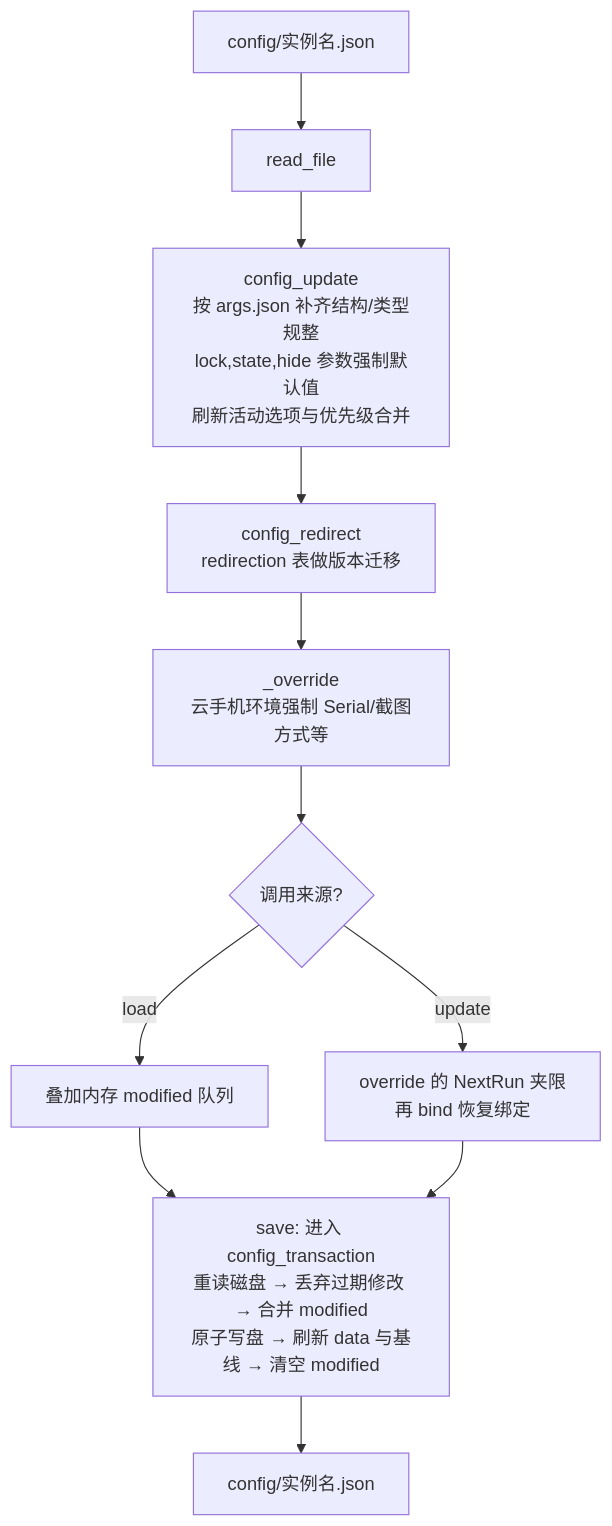
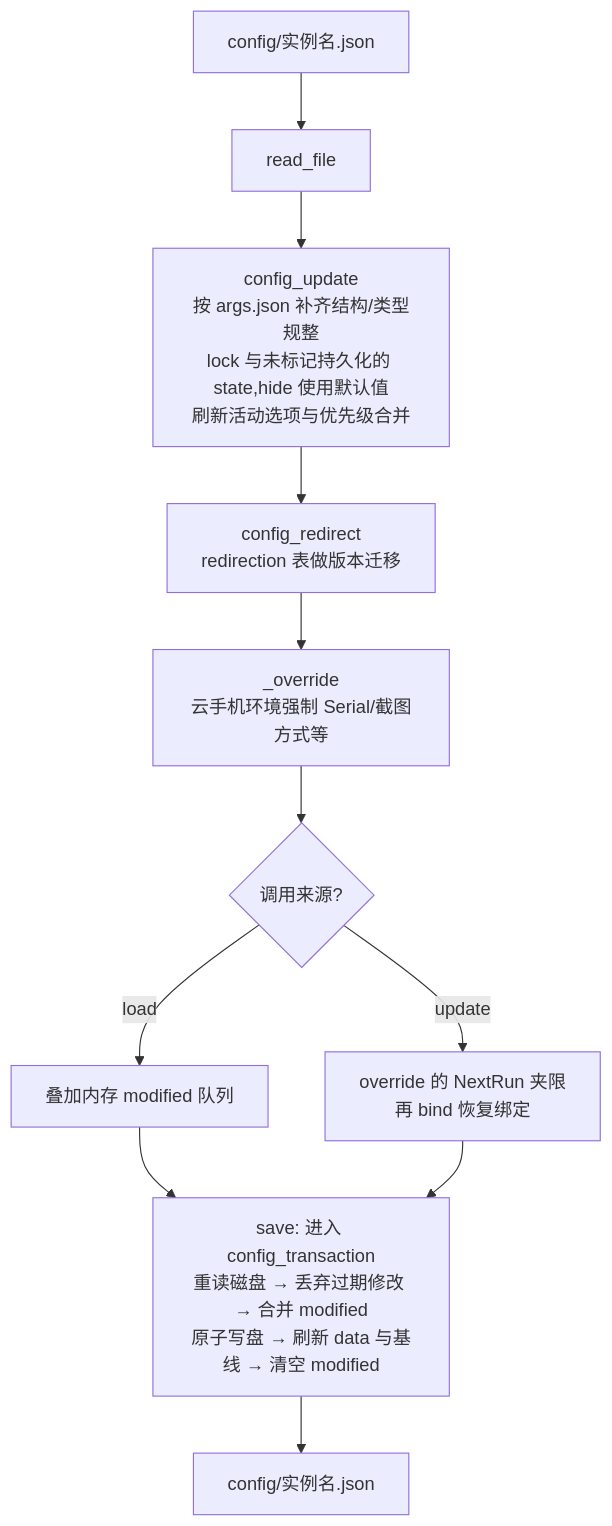
One commit to zhouyc0707-spec/AzurPilot changed the second of 3 diagrams in docs/modules/config.md. Above: the diagram before and after it, drawn with Mermaid. The commit also changed other lines of this file and 8 other files, not shown here.

````diff
--- a/docs/modules/config.md
+++ b/docs/modules/config.md
@@ -169,13 +169,13 @@
 ```mermaid
 flowchart TD
     U[config/实例名.json] --> R[read_file]
-    R --> CU[config_update<br>按 args.json 补齐结构/类型规整<br>lock,state,hide 参数强制默认值<br>刷新活动选项与优先级合并]
+    R --> CU[config_update<br>按 args.json 补齐结构/类型规整<br>lock 与未标记持久化的 state,hide 使用默认值<br>刷新活动选项与优先级合并]
     CU --> CR[config_redirect<br>redirection 表做版本迁移]
     CR --> OV[_override<br>云手机环境强制 Serial/截图方式等]
     OV --> LD{调用来源?}
     LD -- load --> MO[叠加内存 modified 队列]
     LD -- update --> CO[override 的 NextRun 夹限<br>再 bind 恢复绑定]
     MO --> S
     CO --> S[save: 进入 config_transaction<br>重读磁盘 → 丢弃过期修改 → 合并 modified<br>原子写盘 → 刷新 data 与基线 → 清空 modified]
     S --> W[config/实例名.json]
 ```
````
